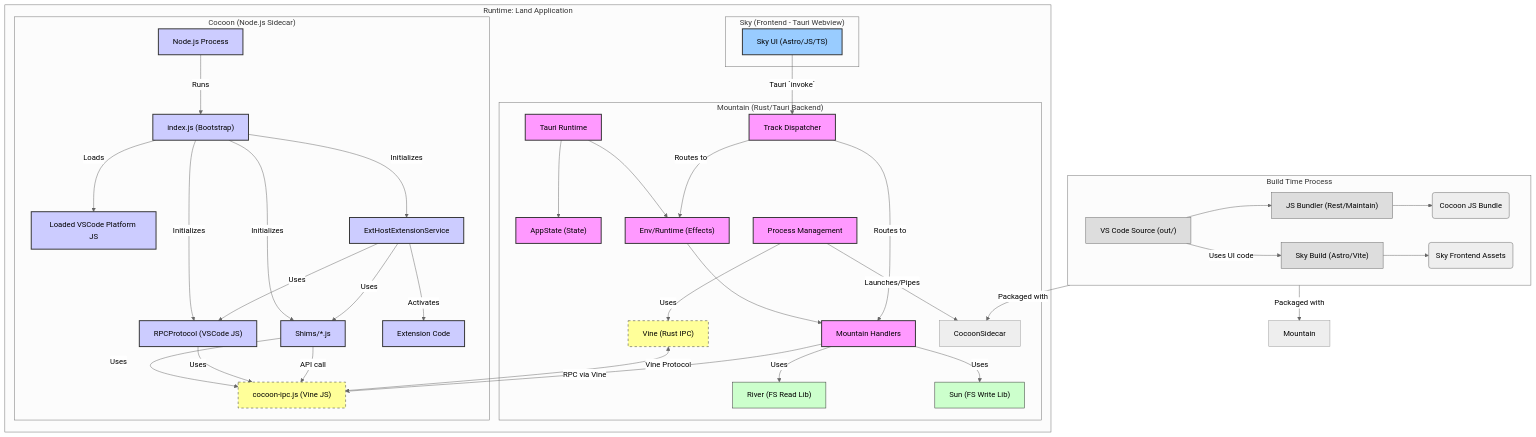
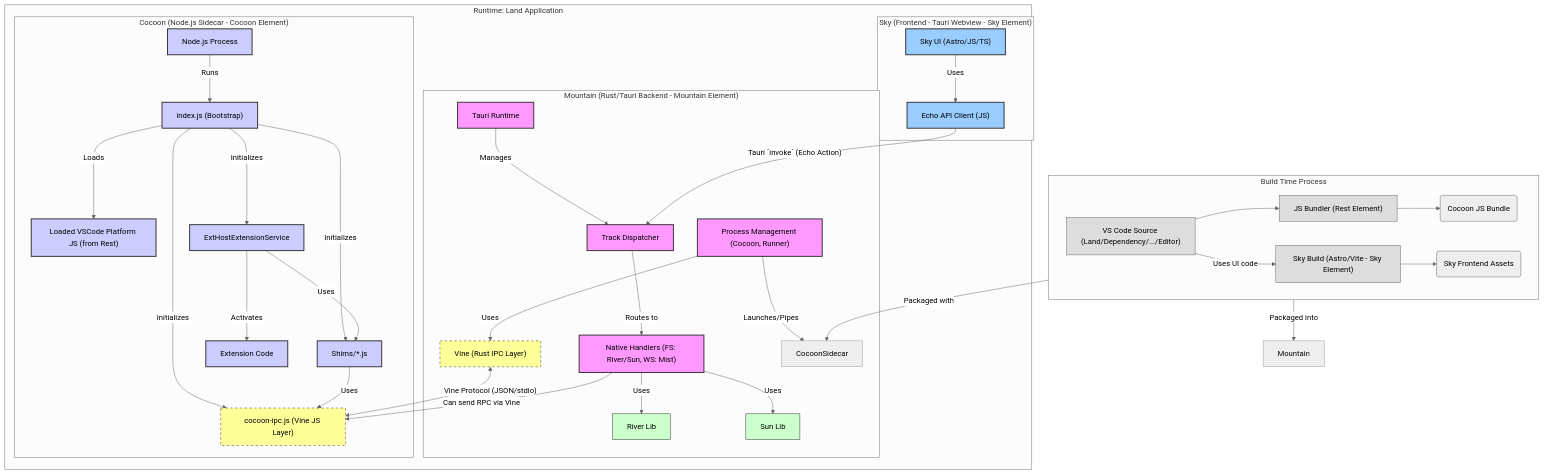
The diagram in README.md (CodeEditorLand/Land), drawn with Mermaid (neutral theme) before and after one commit. The commit also changed other lines of this file, not shown here.

````diff
--- a/README.md
+++ b/README.md
@@ -486,10 +541,10 @@
 
      subgraph "Build Time Process"
          direction LR
-         VSCodeSource["VS Code Source (out/)"]:::build
-         RestBuild["JS Bundler (Rest/Maintain)"]:::build
+         VSCodeSource["VS Code Source (Land/Dependency/.../Editor)"]:::build
+         RestBuild["JS Bundler (Rest Element)"]:::build
          CocoonBundleJS(Cocoon JS Bundle):::data
-         SkyBuildProcess["Sky Build (Astro/Vite)"]:::build
+         SkyBuildProcess["Sky Build (Astro/Vite - Sky Element)"]:::build
          SkyAssets(Sky Frontend Assets):::data
 
          VSCodeSource --> RestBuild;
@@ -499,61 +554,55 @@
      end
 
      subgraph "Runtime: Land Application"
-        subgraph "Mountain (Rust/Tauri Backend)"
+        subgraph "Mountain (Rust/Tauri Backend - Mountain Element)"
             TauriRuntime[Tauri Runtime]:::mountain;
             TrackDispatcher[Track Dispatcher]:::mountain;
-            AppStateMgmt["AppState (State)"]:::mountain;
-            EnvRuntimeSystem["Env/Runtime (Effects)"]:::mountain;
-            MountainHandlers[Mountain Handlers]:::mountain;
-            VineRustIPC["Vine (Rust IPC)"]:::mountain;
-            ProcessMgmtSystem[Process Management]:::mountain;
-            RiverLib["River (FS Read Lib)"]:::lib;
-            SunLib["Sun (FS Write Lib)"]:::lib;
+            MountainHandlers["Native Handlers (FS: River/Sun, WS: Mist)"]:::mountain;
+            VineRustIPC["Vine (Rust IPC Layer)"]:::mountain;
+            ProcessMgmtSystem["Process Management (Cocoon, Runner)"]:::mountain;
+            RiverLib["River Lib"]:::lib;
+            SunLib["Sun Lib"]:::lib;
 
-            TauriRuntime --> AppStateMgmt;
-            TauriRuntime --> EnvRuntimeSystem;
-            EnvRuntimeSystem --> MountainHandlers;
+            TauriRuntime -- Manages --> TrackDispatcher;
+            TrackDispatcher -- Routes to --> MountainHandlers;
             MountainHandlers -- Uses --> RiverLib;
             MountainHandlers -- Uses --> SunLib;
             ProcessMgmtSystem -- Launches/Pipes --> CocoonSidecar;
             ProcessMgmtSystem -- Uses --> VineRustIPC;
         end
 
-        subgraph "Sky (Frontend - Tauri Webview)"
+        subgraph "Sky (Frontend - Tauri Webview - Sky Element)"
             SkyUI["Sky UI (Astro/JS/TS)"]:::sky
+            EchoFrontend["Echo API Client (JS)"]:::sky
         end
 
-        subgraph "Cocoon (Node.js Sidecar)"
+        subgraph "Cocoon (Node.js Sidecar - Cocoon Element)"
             NodeJSProcess[Node.js Process]:::cocoon;
             CocoonBootstrap["index.js (Bootstrap)"]:::cocoon;
-            CocoonVineIPC["cocoon-ipc.js (Vine JS)"]:::cocoon;
-            RPCProtocolJS["RPCProtocol (VSCode JS)"]:::cocoon;
+            CocoonVineIPC["cocoon-ipc.js (Vine JS Layer)"]:::cocoon;
             CocoonShims[Shims/*.js]:::cocoon;
-            BundledVSCodeJS[Loaded VSCode Platform JS]:::cocoon;
+            BundledVSCodeJS["Loaded VSCode Platform JS (from Rest)"]:::cocoon;
             ExtHostServiceJS[ExtHostExtensionService]:::cocoon;
             ExtensionCode[Extension Code]:::cocoon;
 
             NodeJSProcess -- Runs --> CocoonBootstrap;
             CocoonBootstrap -- Loads --> BundledVSCodeJS;
             CocoonBootstrap -- Initializes --> CocoonShims;
-            CocoonBootstrap -- Initializes --> RPCProtocolJS;
+            CocoonBootstrap -- Initializes --> CocoonVineIPC;
             CocoonBootstrap -- Initializes --> ExtHostServiceJS;
             ExtHostServiceJS -- Uses --> CocoonShims;
-            ExtHostServiceJS -- Uses --> RPCProtocolJS;
             ExtHostServiceJS -- Activates --> ExtensionCode;
             CocoonShims -- Uses --> CocoonVineIPC;
-            RPCProtocolJS -- Uses --> CocoonVineIPC;
         end
 
-        SkyUI -- Tauri `invoke` --> TrackDispatcher;
-        TrackDispatcher -- Routes to --> EnvRuntimeSystem;
-        TrackDispatcher -- Routes to --> MountainHandlers;
-        VineRustIPC -- Vine Protocol <--> CocoonVineIPC; class VineRustIPC,CocoonVineIPC ipc;
+        SkyUI -- Uses --> EchoFrontend;
+        EchoFrontend -- Tauri `invoke` (Echo Action) --> TrackDispatcher;
+        VineRustIPC -- Vine Protocol (JSON/stdio) <--> CocoonVineIPC; class VineRustIPC,CocoonVineIPC ipc;
 
-        MountainHandlers -- RPC via Vine --> CocoonVineIPC;
-        CocoonShims -- API call --> CocoonVineIPC;
+        MountainHandlers -- Can send RPC via Vine --> CocoonVineIPC;
+        %% Extension making an API call implies CocoonShim intercepts and sends it out via Vine
      end
 
      CocoonBundleJS -- Packaged with --> CocoonSidecar;
-     SkyAssets -- Packaged with --> Mountain;
+     SkyAssets -- Packaged into --> Mountain;
 ```
````
